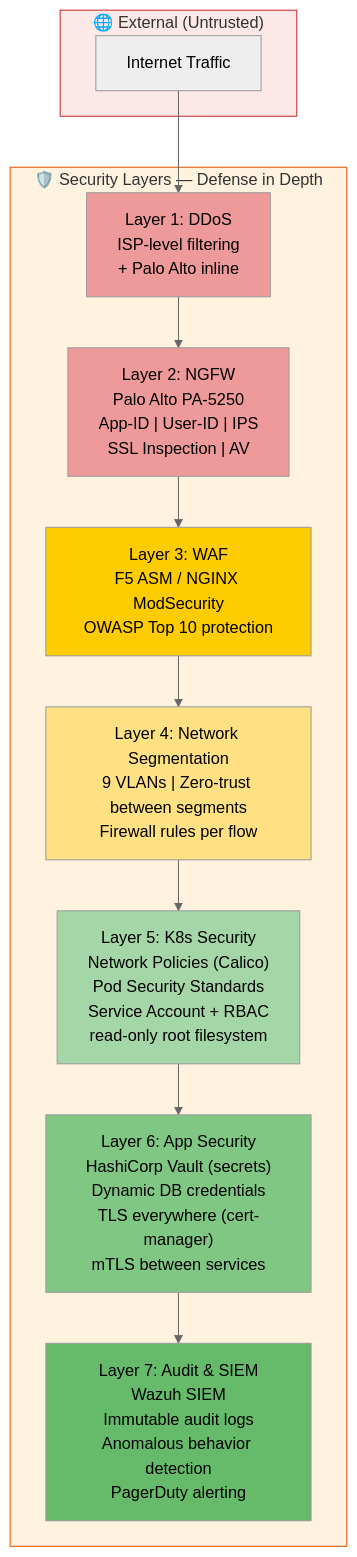
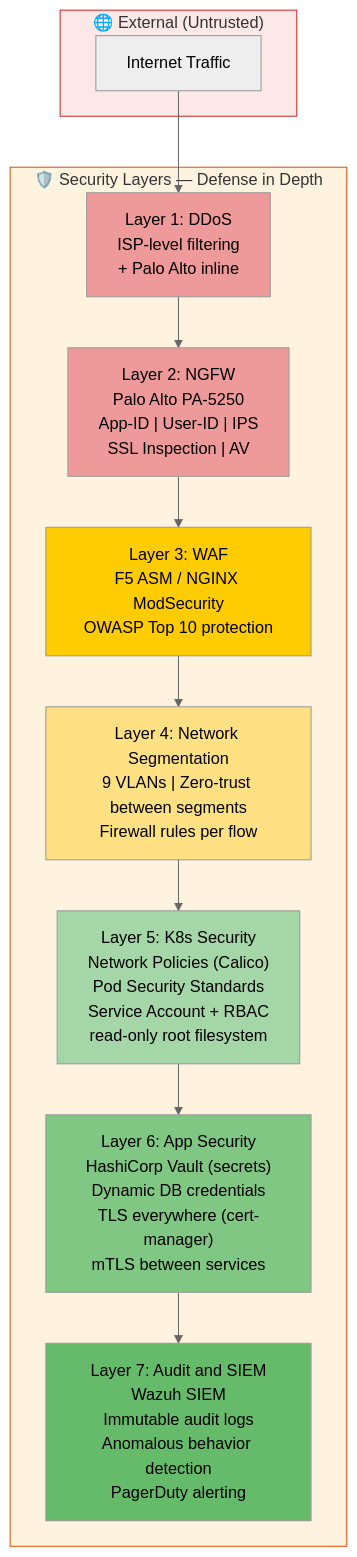
One commit to Shasi19/Azure-VxRail-VMware-Migration changed the fifth of 5 diagrams in docs/Presentation/02-HLD-High-Level-Design.md. Above: the diagram before and after it, drawn with Mermaid (neutral theme). The commit also changed other lines of this file and 7 other files, not shown here.

First line of the commit message:
Fix Mermaid render issues: simplify complex diagrams, remove emoji from labels, fix special chars

````diff
--- a/docs/Presentation/02-HLD-High-Level-Design.md
+++ b/docs/Presentation/02-HLD-High-Level-Design.md
@@ -206,29 +206,29 @@
 ```mermaid
 graph TB
     subgraph EXTERNAL["🌐 External (Untrusted)"]
         INT[Internet Traffic]
     end
 
     subgraph SEC_LAYERS["🛡️ Security Layers — Defense in Depth"]
         L1["Layer 1: DDoS\nISP-level filtering\n+ Palo Alto inline"]
         L2["Layer 2: NGFW\nPalo Alto PA-5250\nApp-ID | User-ID | IPS\nSSL Inspection | AV"]
         L3["Layer 3: WAF\nF5 ASM / NGINX ModSecurity\nOWASP Top 10 protection"]
         L4["Layer 4: Network Segmentation\n9 VLANs | Zero-trust between segments\nFirewall rules per flow"]
         L5["Layer 5: K8s Security\nNetwork Policies (Calico)\nPod Security Standards\nService Account + RBAC\nread-only root filesystem"]
         L6["Layer 6: App Security\nHashiCorp Vault (secrets)\nDynamic DB credentials\nTLS everywhere (cert-manager)\nmTLS between services"]
-        L7["Layer 7: Audit & SIEM\nWazuh SIEM\nImmutable audit logs\nAnomalous behavior detection\nPagerDuty alerting"]
+        L7["Layer 7: Audit and SIEM\nWazuh SIEM\nImmutable audit logs\nAnomalous behavior detection\nPagerDuty alerting"]
     end
 
     INT --> L1 --> L2 --> L3 --> L4 --> L5 --> L6
     L6 --> L7
 
     style EXTERNAL fill:#fde8e8,stroke:#c62828
     style SEC_LAYERS fill:#fff3e0,stroke:#e65100
     style L1 fill:#ef9a9a
     style L2 fill:#ef9a9a
     style L3 fill:#ffcc02,color:#000
     style L4 fill:#ffe082,color:#000
     style L5 fill:#a5d6a7
     style L6 fill:#81c784
     style L7 fill:#66bb6a
 ```
````
